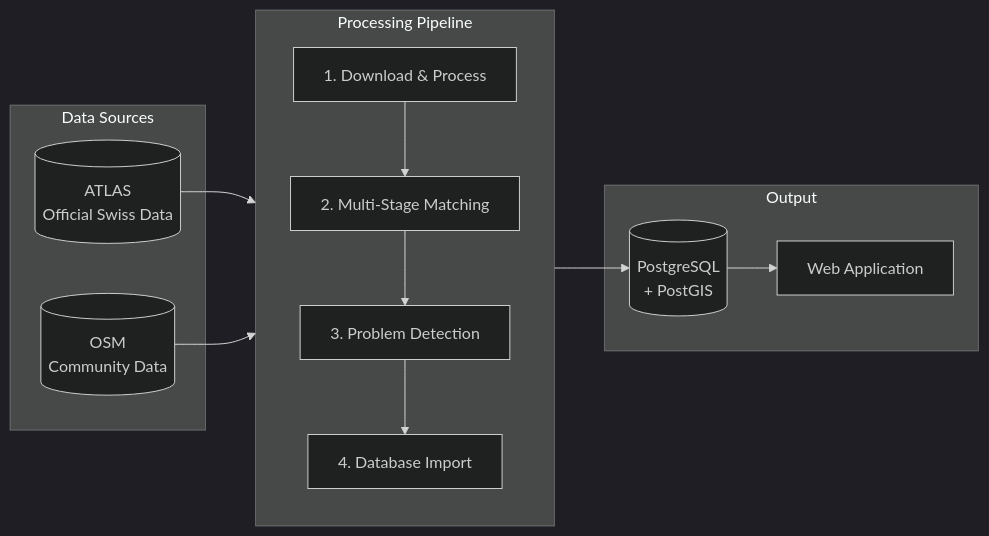
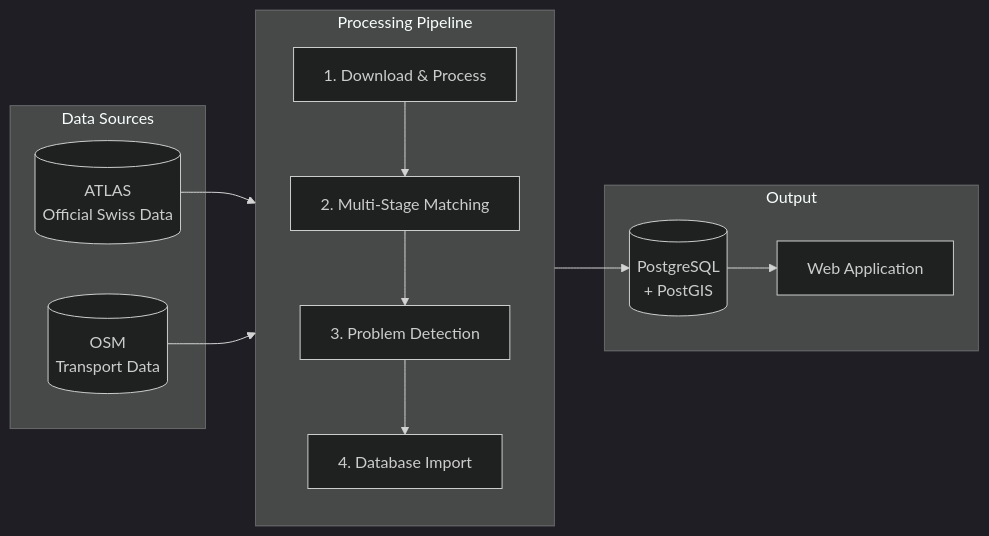
Before and after one commit to openTdataCH/stop_sync_osm_atlas: the first of 2 diagrams in documentation/0. Intro.md, drawn with Mermaid (dark theme). The commit also changed other lines of this file and 2 other files, not shown here.

````diff
--- a/documentation/0. Intro.md
+++ b/documentation/0. Intro.md
@@ -30,26 +33,26 @@
 ```mermaid
 flowchart LR
     subgraph Sources["Data Sources"]
         A[("ATLAS<br/>Official Swiss Data")]
-        O[("OSM<br/>Community Data")]
+        O[("OSM<br/>Transport Data")]
     end
     
     subgraph Pipeline["Processing Pipeline"]
         direction TB
         D["1. Download & Process"]
         M["2. Multi-Stage Matching"]
         P["3. Problem Detection"]
         I["4. Database Import"]
         D --> M --> P --> I
     end
     
     subgraph Output["Output"]
         DB[("PostgreSQL<br/>+ PostGIS")]
         W["Web Application"]
         DB --> W
     end
     
     A --> D
     O --> D
     I --> DB
 ```
````
